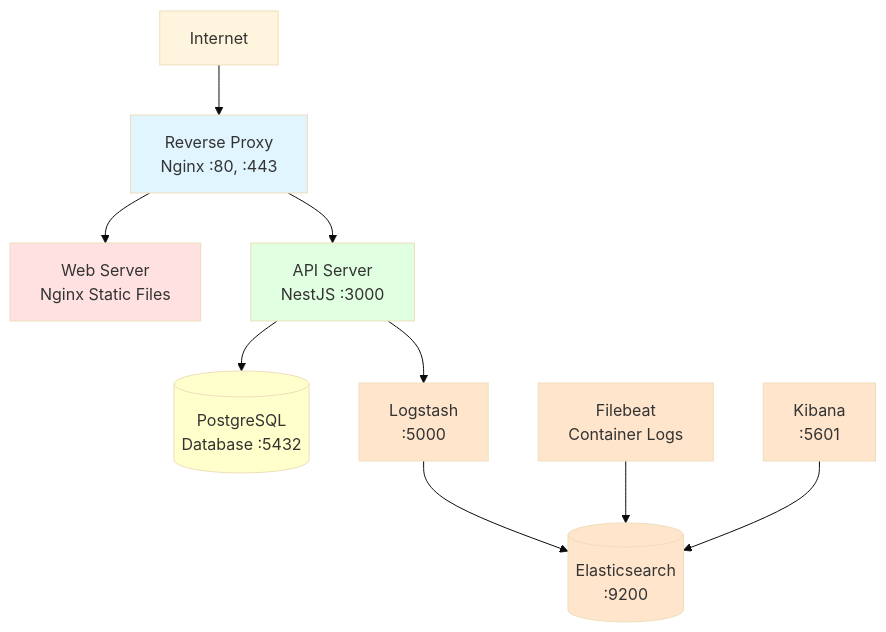
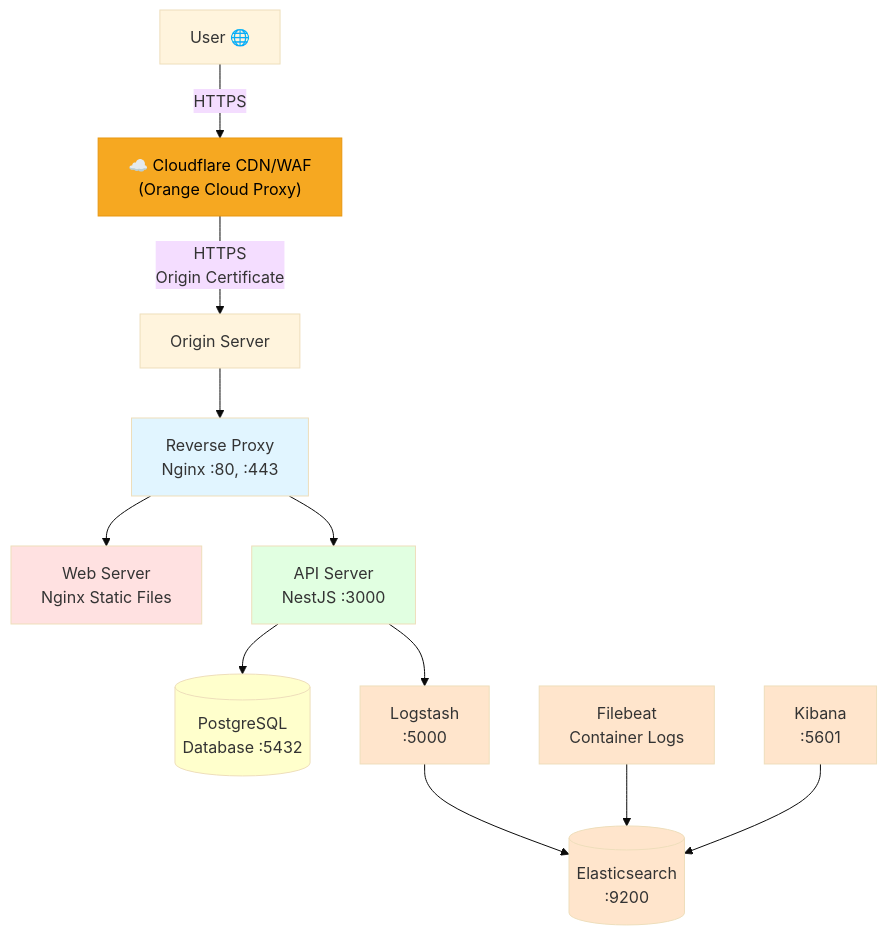
One commit to TeamCrazyPerformance/TCP_Website_2025 changed the first of 4 diagrams in docs/PROJECT_DOCUMENTATION.md. Above: the diagram before and after it, drawn with Mermaid (base theme). The commit also changed other lines of this file, not shown here.

````diff
--- a/docs/PROJECT_DOCUMENTATION.md
+++ b/docs/PROJECT_DOCUMENTATION.md
@@ -169,30 +220,35 @@
 ```mermaid
 graph TB
-    Internet[Internet]
-    ReverseProxy[Reverse Proxy<br/>Nginx :80, :443]
-    Web[Web Server<br/>Nginx Static Files]
-    API[API Server<br/>NestJS :3000]
-    DB[(PostgreSQL<br/>Database :5432)]
-    ES[(Elasticsearch<br/>:9200)]
-    LS[Logstash<br/>:5000]
-    KB[Kibana<br/>:5601]
-    FB[Filebeat<br/>Container Logs]
+    User["User 🌐"]
+    CF["☁️ Cloudflare CDN/WAF<br/>(Orange Cloud Proxy)"]
+    Internet[Origin Server]
+    ReverseProxy["Reverse Proxy<br/>Nginx :80, :443"]
+    Web["Web Server<br/>Nginx Static Files"]
+    API["API Server<br/>NestJS :3000"]
+    DB[("PostgreSQL<br/>Database :5432")]
+    ES[("Elasticsearch<br/>:9200")]
+    LS["Logstash<br/>:5000"]
+    KB["Kibana<br/>:5601"]
+    FB["Filebeat<br/>Container Logs"]
 
+    User -->|"HTTPS"| CF
+    CF -->|"HTTPS<br/>Origin Certificate"| Internet
     Internet --> ReverseProxy
     ReverseProxy --> Web
     ReverseProxy --> API
     API --> DB
     API --> LS
     LS --> ES
     FB --> ES
     KB --> ES
 
+    style CF fill:#f6a821,stroke:#e8960f,color:#000
     style ReverseProxy fill:#e1f5ff
     style Web fill:#ffe1e1
     style API fill:#e1ffe1
     style DB fill:#ffffcc
     style ES fill:#ffe5cc
     style LS fill:#ffe5cc
     style KB fill:#ffe5cc
     style FB fill:#ffe5cc
 ```
````
